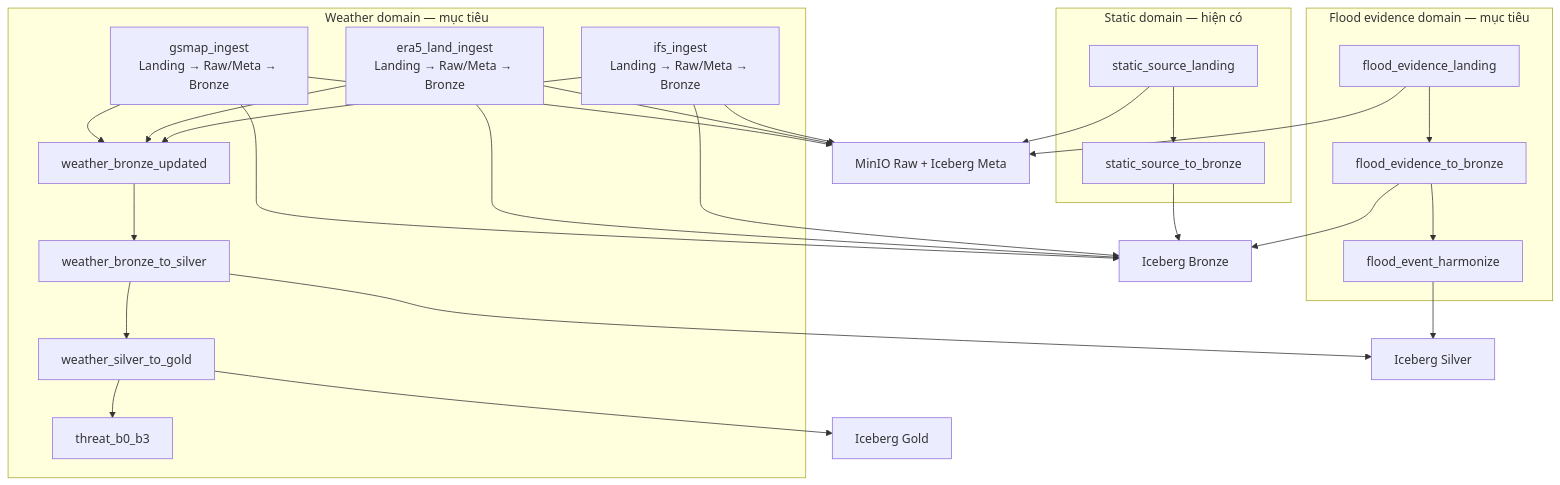
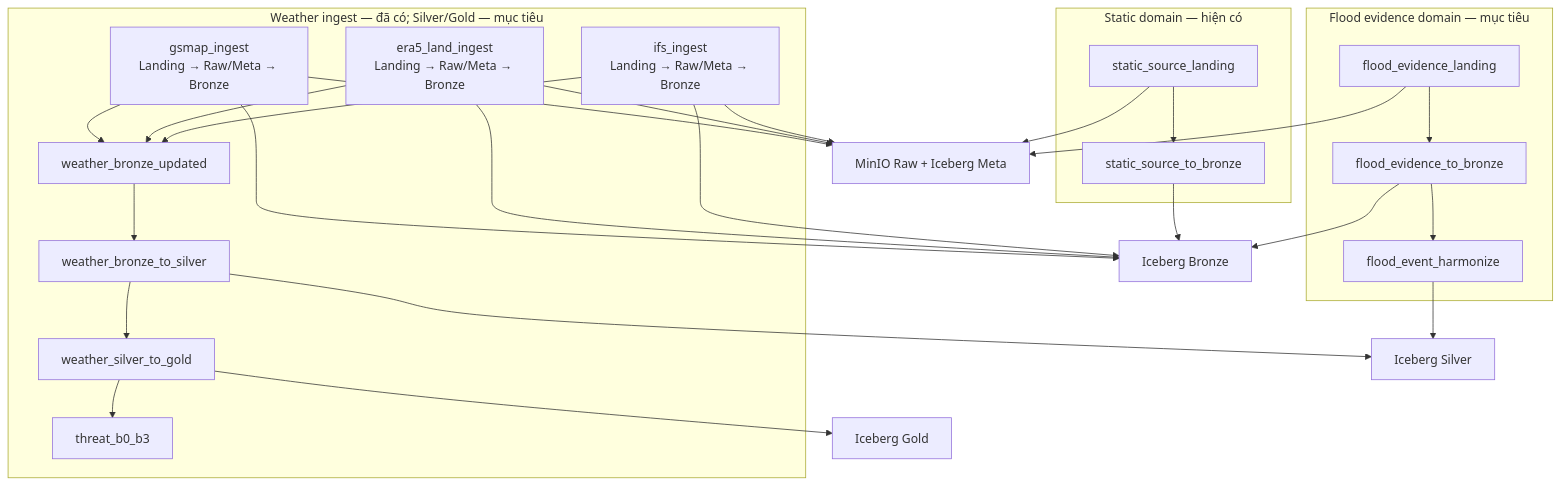
One commit to cloud-vmih/flood-lake-kg changed the fourth of 5 diagrams in docs/pipeline_architecture_and_roadmap.md. Above: the diagram before and after it, drawn with Mermaid. The commit also changed other lines of this file and 43 other files, not shown here.

Commit message:
feat: add dynamic weather ingest pipelines

````diff
--- a/docs/pipeline_architecture_and_roadmap.md
+++ b/docs/pipeline_architecture_and_roadmap.md
@@ -286,38 +286,38 @@
 ```mermaid
 flowchart TD
   subgraph Static["Static domain — hiện có"]
     SL["static_source_landing"] --> SB["static_source_to_bronze"]
   end
 
   subgraph Event["Flood evidence domain — mục tiêu"]
     FL["flood_evidence_landing"] --> FB["flood_evidence_to_bronze"]
     FB --> FH["flood_event_harmonize"]
   end
 
-  subgraph Weather["Weather domain — mục tiêu"]
+  subgraph Weather["Weather ingest — đã có; Silver/Gold — mục tiêu"]
     GI["gsmap_ingest<br/>Landing → Raw/Meta → Bronze"]
     EI["era5_land_ingest<br/>Landing → Raw/Meta → Bronze"]
     II["ifs_ingest<br/>Landing → Raw/Meta → Bronze"]
     GI --> ASSET["weather_bronze_updated"]
     EI --> ASSET
     II --> ASSET
     ASSET --> WS["weather_bronze_to_silver"]
     WS --> WG["weather_silver_to_gold"]
     WG --> TH["threat_b0_b3"]
   end
 
   SL --> RAW["MinIO Raw + Iceberg Meta"]
   FL --> RAW
   GI --> RAW
   EI --> RAW
   II --> RAW
 
   SB --> BR["Iceberg Bronze"]
   FB --> BR
   GI --> BR
   EI --> BR
   II --> BR
   FH --> SI["Iceberg Silver"]
   WS --> SI
   WG --> GO["Iceberg Gold"]
 ```
````
